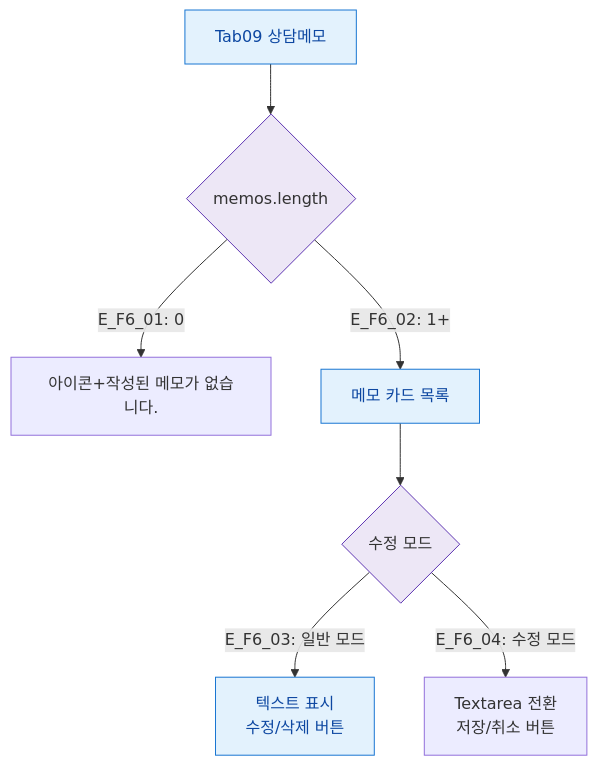
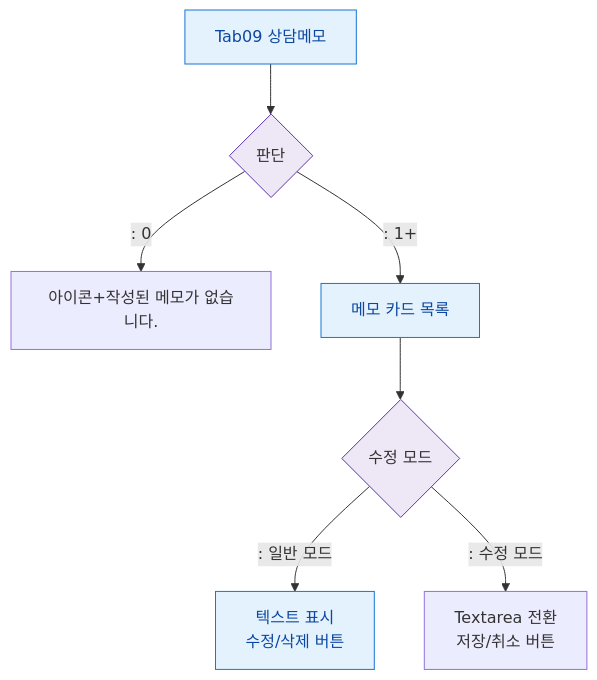
Before and after one commit to dev-spogym/admin-pando: the diagram in docs/다이어그램/D02_회원관리/SCR-M004_회원상세/Tab09_상담메모/F6_상태별.md, drawn with Mermaid. The commit also changed other lines of this file and 1660 other files, not shown here.

First line of the commit message:
다이어그램: 기획자/클라이언트 납품본으로 정리

````diff
--- a/docs/다이어그램/D02_회원관리/SCR-M004_회원상세/Tab09_상담메모/F6_상태별.md
+++ b/docs/다이어그램/D02_회원관리/SCR-M004_회원상세/Tab09_상담메모/F6_상태별.md
@@ -22,15 +20,15 @@
 ```mermaid
 flowchart TD
-  TAB[Tab09 상담메모] --> LIST{memos.length}
-  LIST -->|"E_F6_01: 0"| EMPTY[아이콘+작성된 메모가 없습니다.]
-  LIST -->|"E_F6_02: 1+"| CARDS[메모 카드 목록]
+  TAB[Tab09 상담메모] --> LIST{판단}
+  LIST -->|": 0"|EMPTY[아이콘+작성된 메모가 없습니다.]
+  LIST -->|": 1+"|CARDS[메모 카드 목록]
 
   CARDS --> MODE{수정 모드}
-  MODE -->|"E_F6_03: 일반 모드"| NORMAL[텍스트 표시\n수정/삭제 버튼]
-  MODE -->|"E_F6_04: 수정 모드"| EDIT[Textarea 전환\n저장/취소 버튼]
+  MODE -->|": 일반 모드"|NORMAL[텍스트 표시\n수정/삭제 버튼]
+  MODE -->|": 수정 모드"|EDIT[Textarea 전환\n저장/취소 버튼]
 
   classDef screen fill:#E3F2FD,stroke:#1976D2,color:#0D47A1
   classDef system fill:#EDE7F6,stroke:#5E35B2
   class TAB,CARDS,NORMAL screen
   class LIST,MODE system
 ```
````
